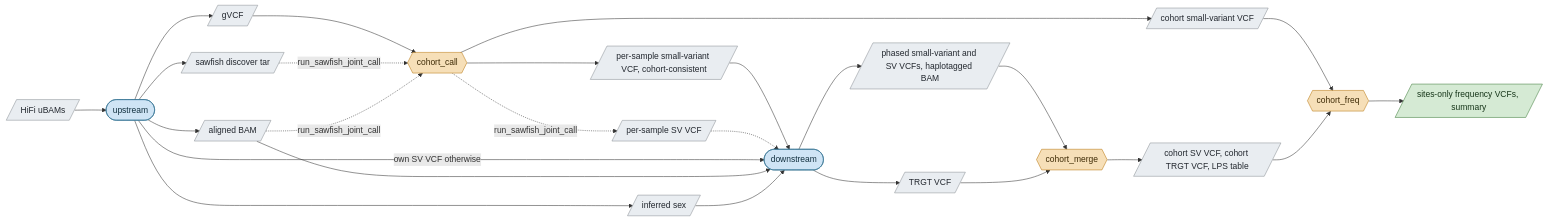
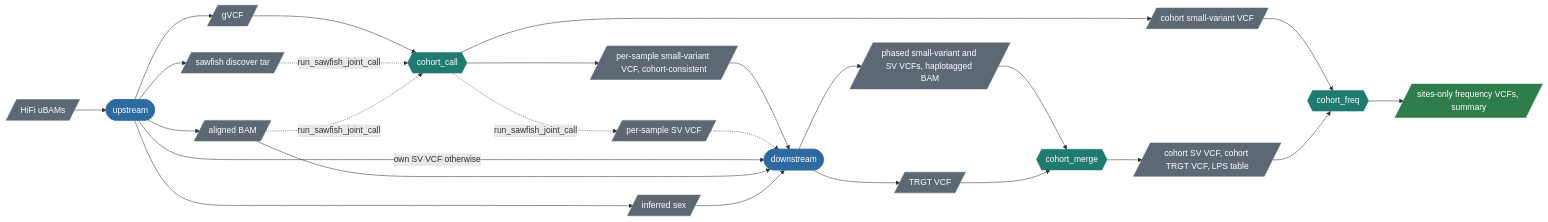
One commit to UppsalaGenomeCenter/ugc-wgw changed the diagram in docs/guide/02-concepts.md. Above: the diagram before and after it, drawn with Mermaid. The commit also changed 51 other files, not shown here.

````diff
--- a/docs/guide/02-concepts.md
+++ b/docs/guide/02-concepts.md
@@ -130,31 +130,32 @@
 ```mermaid
 flowchart LR
   ubam[/"HiFi uBAMs"/]:::data --> up(["upstream"]):::sample
   up --> bam[/"aligned BAM"/]:::data
   up --> gvcf[/"gVCF"/]:::data
   up --> disc[/"sawfish discover tar"/]:::data
   up --> sex[/"inferred sex"/]:::data
   gvcf --> cc{{"cohort_call"}}:::cohort
   disc -.->|"run_sawfish_joint_call"| cc
   bam -.->|"run_sawfish_joint_call"| cc
   cc --> split[/"per-sample small-variant VCF, cohort-consistent"/]:::data
   cc -.->|"run_sawfish_joint_call"| splitsv[/"per-sample SV VCF"/]:::data
   split --> ds(["downstream"]):::sample
   splitsv -.-> ds
   up -->|"own SV VCF otherwise"| ds
   bam --> ds
   sex --> ds
   ds --> phased[/"phased small-variant and SV VCFs, haplotagged BAM"/]:::data
   ds --> trgt[/"TRGT VCF"/]:::data
   phased --> cm{{"cohort_merge"}}:::cohort
   trgt --> cm
   cm --> cohort[/"cohort SV VCF, cohort TRGT VCF, LPS table"/]:::data
   cc --> jointvcf[/"cohort small-variant VCF"/]:::data
   jointvcf --> cf{{"cohort_freq"}}:::cohort
   cohort --> cf
   cf --> freq[/"sites-only frequency VCFs, summary"/]:::result
-  classDef sample fill:#cfe4f5,stroke:#2f6f8f,color:#12303f
-  classDef cohort fill:#f6dfb8,stroke:#b9770e,color:#3d2a05
-  classDef data fill:#e9edf1,stroke:#8a8f95,color:#22272e
-  classDef result fill:#d5ead4,stroke:#3f7d3c,color:#17361a
+  classDef default fill:none,stroke:#8a8f95
+  classDef sample fill:#2c6aa0,stroke:#2c6aa0,color:#ffffff
+  classDef cohort fill:#1f7a70,stroke:#1f7a70,color:#ffffff
+  classDef data fill:#5d6875,stroke:#5d6875,color:#ffffff
+  classDef result fill:#2f7d4a,stroke:#2f7d4a,color:#ffffff
 ```
````
